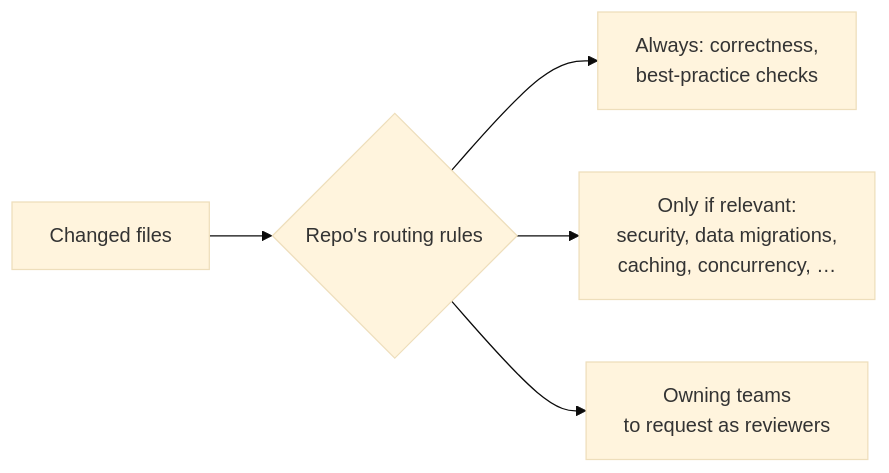
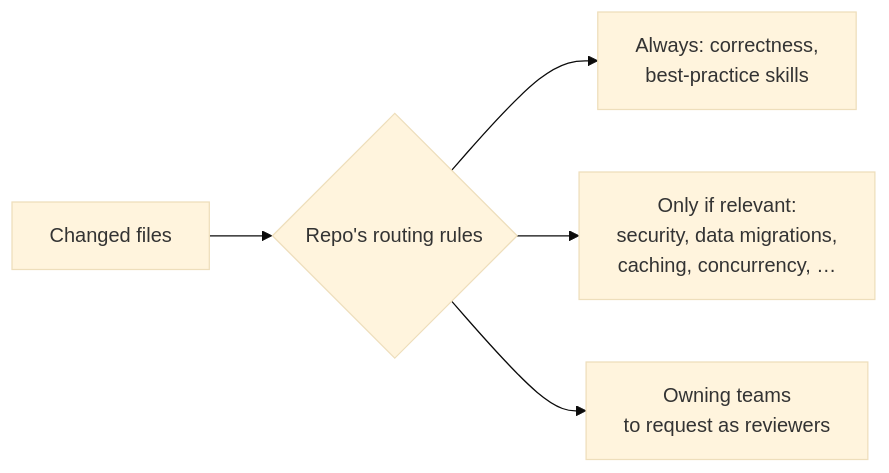
One commit to Khan/actions changed the fourth of 8 diagrams in workflows/review/ARCHITECTURE.md. Above: the diagram before and after it, drawn with Mermaid (base theme). The commit also changed other lines of this file, not shown here.

````diff
--- a/workflows/review/ARCHITECTURE.md
+++ b/workflows/review/ARCHITECTURE.md
@@ -52,7 +52,7 @@
 ```mermaid
 flowchart LR
   Change[Changed files] --> Rules{Repo's routing rules}
-  Rules --> Always[Always: correctness,<br/>best-practice checks]
+  Rules --> Always[Always: correctness,<br/>best-practice skills]
   Rules --> Some[Only if relevant:<br/>security, data migrations,<br/>caching, concurrency, …]
   Rules --> Teams[Owning teams<br/>to request as reviewers]
 ```
````
